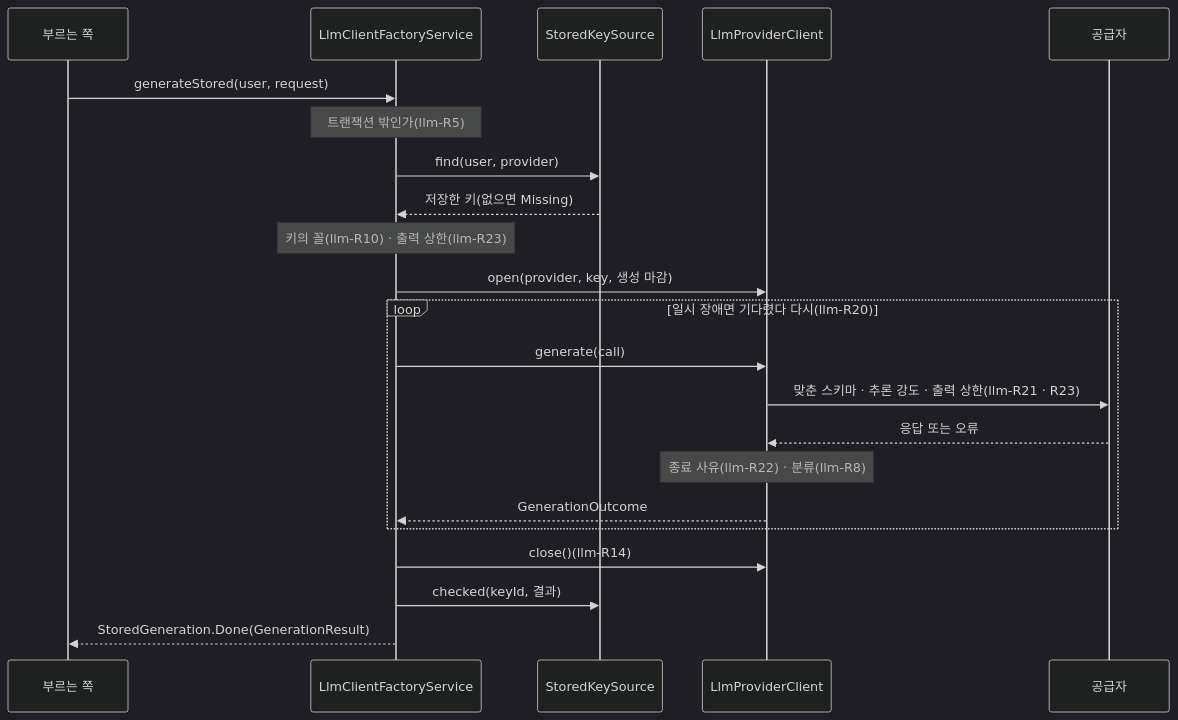
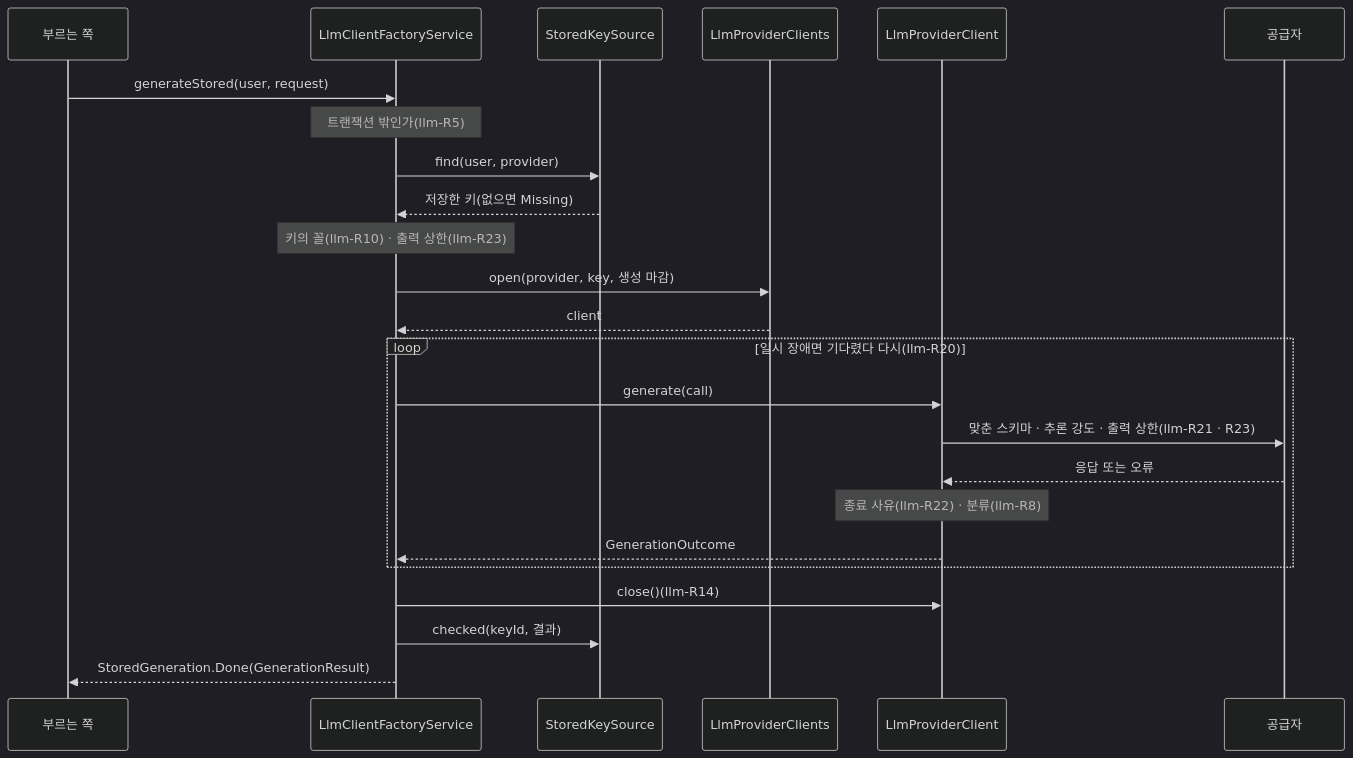
The second of 2 diagrams in docs/specs/llm.md (Theia0382/yozm-news), drawn with Mermaid (dark theme) before and after one commit. The commit also changed other lines of this file and 11 other files, not shown here.

````diff
--- a/docs/specs/llm.md
+++ b/docs/specs/llm.md
@@ -415,24 +415,26 @@
 ```mermaid
 sequenceDiagram
     participant C as 부르는 쪽
     participant S as LlmClientFactoryService
     participant Q as StoredKeySource
+    participant P as LlmProviderClients
     participant K as LlmProviderClient
     participant X as 공급자
     C->>S: generateStored(user, request)
     Note over S: 트랜잭션 밖인가(llm-R5)
     S->>Q: find(user, provider)
     Q-->>S: 저장한 키(없으면 Missing)
     Note over S: 키의 꼴(llm-R10) · 출력 상한(llm-R23)
-    S->>K: open(provider, key, 생성 마감)
+    S->>P: open(provider, key, 생성 마감)
+    P-->>S: client
     loop 일시 장애면 기다렸다 다시(llm-R20)
         S->>K: generate(call)
         K->>X: 맞춘 스키마 · 추론 강도 · 출력 상한(llm-R21 · R23)
         X-->>K: 응답 또는 오류
         Note over K: 종료 사유(llm-R22) · 분류(llm-R8)
         K-->>S: GenerationOutcome
     end
     S->>K: close()(llm-R14)
     S->>Q: checked(keyId, 결과)
     S-->>C: StoredGeneration.Done(GenerationResult)
 ```
````
